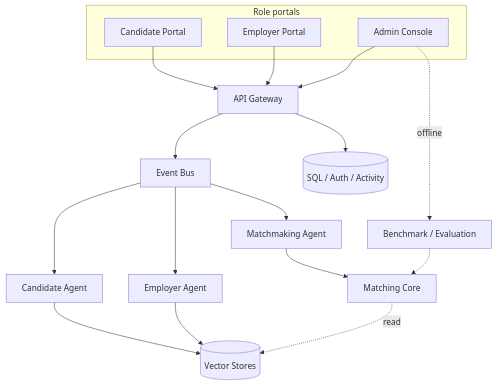
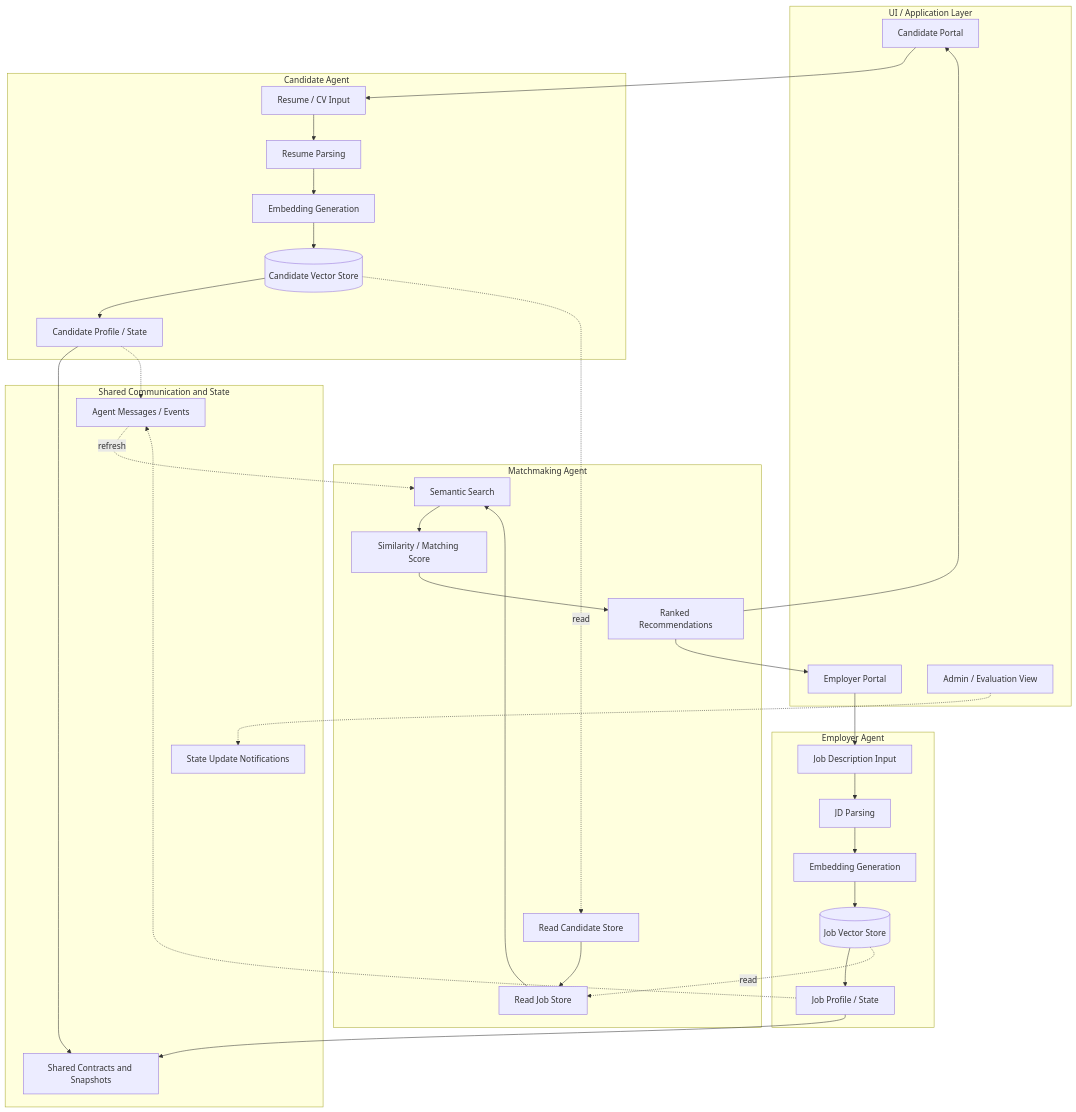
Before and after one commit to Harsh23Kashyap/Job-Matching-Agentic: the diagram in docs/submission/jaamas/figures/source/Fig1.mmd, drawn with Mermaid. The commit also changed 23 other files, not shown here.

Commit message:
Rewrite JAAMAS manuscript for multi-agent narrative and refresh artifacts.

```diff
--- a/docs/submission/jaamas/figures/source/Fig1.mmd
+++ b/docs/submission/jaamas/figures/source/Fig1.mmd
@@ -1,29 +1,35 @@
 flowchart TB
-  subgraph portals [Role portals]
+  subgraph ui [UI / Application Layer]
     CP[Candidate Portal]
     EP[Employer Portal]
-    AC[Admin Console]
+    AD[Admin / Evaluation View]
   end
-  GW[API Gateway]
-  BUS[Event Bus]
-  CA[Candidate Agent]
-  EA[Employer Agent]
-  MA[Matchmaking Agent]
-  MC[Matching Core]
-  VS[(Vector Stores)]
-  SQL[(SQL / Auth / Activity)]
-  EV[Benchmark / Evaluation]
-  CP --> GW
-  EP --> GW
-  AC --> GW
-  GW --> BUS
-  BUS --> CA
-  BUS --> EA
-  BUS --> MA
-  MA --> MC
-  CA --> VS
-  EA --> VS
-  MC -. read .-> VS
-  GW --> SQL
-  AC -. offline .-> EV
-  EV -.-> MC
+  subgraph ca [Candidate Agent]
+    CV[Resume / CV Input] --> RP[Resume Parsing] --> CE[Embedding Generation]
+    CE --> CVS[(Candidate Vector Store)] --> CPS[Candidate Profile / State]
+  end
+  subgraph ea [Employer Agent]
+    JD[Job Description Input] --> JP[JD Parsing] --> JE[Embedding Generation]
+    JE --> JVS[(Job Vector Store)] --> JPS[Job Profile / State]
+  end
+  subgraph ma [Matchmaking Agent]
+    RC[Read Candidate Store] --> RS[Read Job Store] --> SS[Semantic Search]
+    SS --> SC[Similarity / Matching Score] --> RR[Ranked Recommendations]
+  end
+  subgraph shared [Shared Communication and State]
+    EV[Agent Messages / Events]
+    SN[Shared Contracts and Snapshots]
+    NT[State Update Notifications]
+  end
+  CP --> CV
+  EP --> JD
+  AD -.-> NT
+  CVS -. read .-> RC
+  JVS -. read .-> RS
+  RR --> CP
+  RR --> EP
+  CPS --> SN
+  JPS --> SN
+  CPS -.-> EV
+  JPS -.-> EV
+  EV -. refresh .-> SS
```
